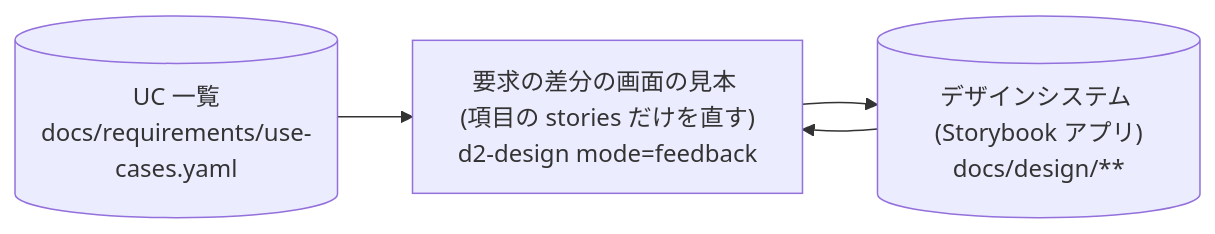
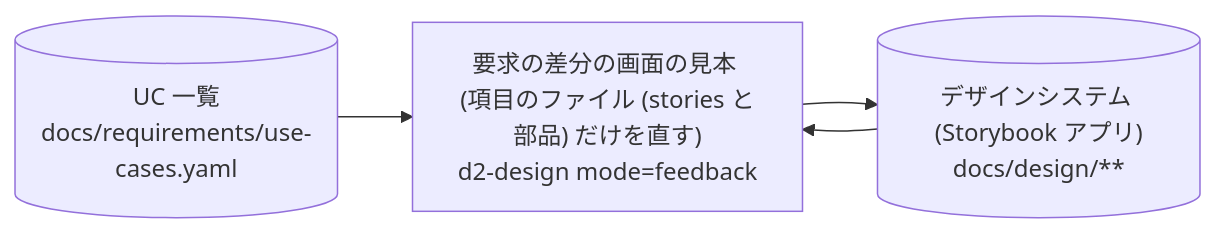
The sixth of 48 diagrams in plugins/distillery2/skills/d2-common/references/dataflow.md (suwa-sh/suwa-sh-claude-plugins), drawn with Mermaid before and after one commit. The commit also changed other lines of this file and 6 other files, not shown here.

First line of the commit message:
fix(distillery2): 差分レビュー 1 ラウンド目 (要求待ちの件数は状態列と同じ判定、mode=feedback の見出しと正本の処理名に部品を含める)

````diff
--- a/plugins/distillery2/skills/d2-common/references/dataflow.md
+++ b/plugins/distillery2/skills/d2-common/references/dataflow.md
@@ -206,9 +206,9 @@
 ```mermaid
 flowchart LR
-  p_design_feedback["要求の差分の画面の見本 (項目の stories だけを直す)<br/>d2-design mode=feedback"]
+  p_design_feedback["要求の差分の画面の見本 (項目のファイル (stories と部品) だけを直す)<br/>d2-design mode=feedback"]
   s_design[("デザインシステム (Storybook アプリ)<br/>docs/design/**")]
   s_use_cases[("UC 一覧<br/>docs/requirements/use-cases.yaml")]
   s_design --> p_design_feedback
   s_use_cases --> p_design_feedback
   p_design_feedback --> s_design
 ```
````
